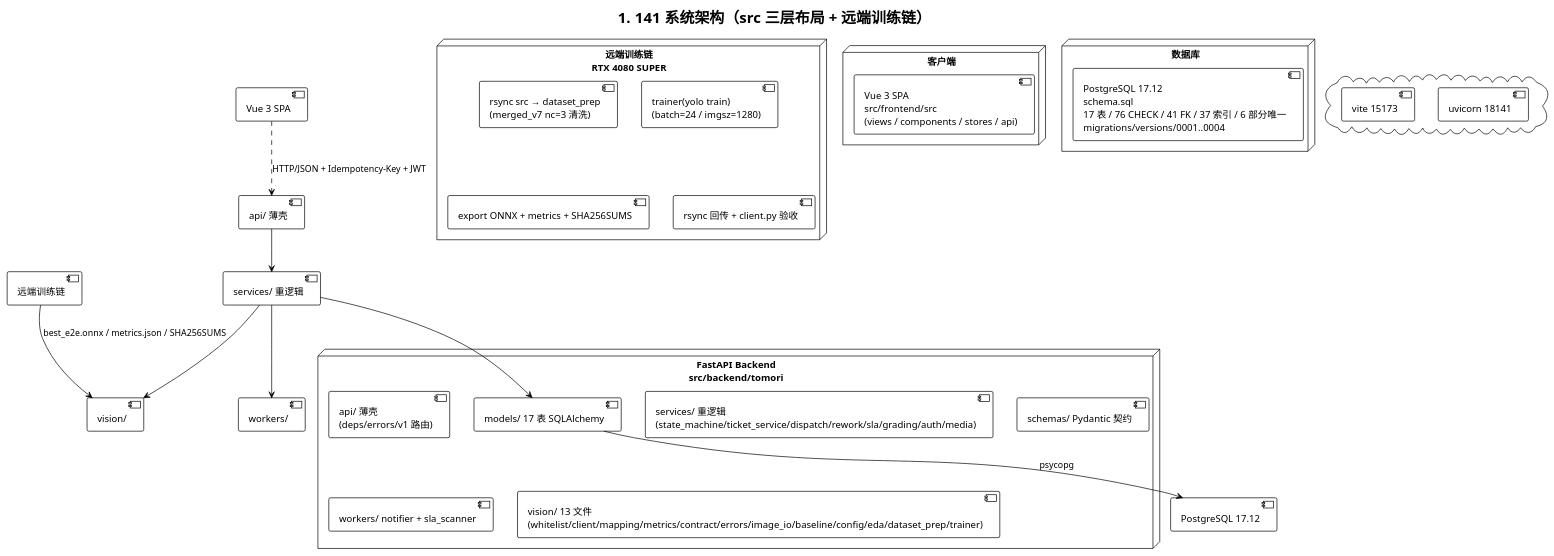
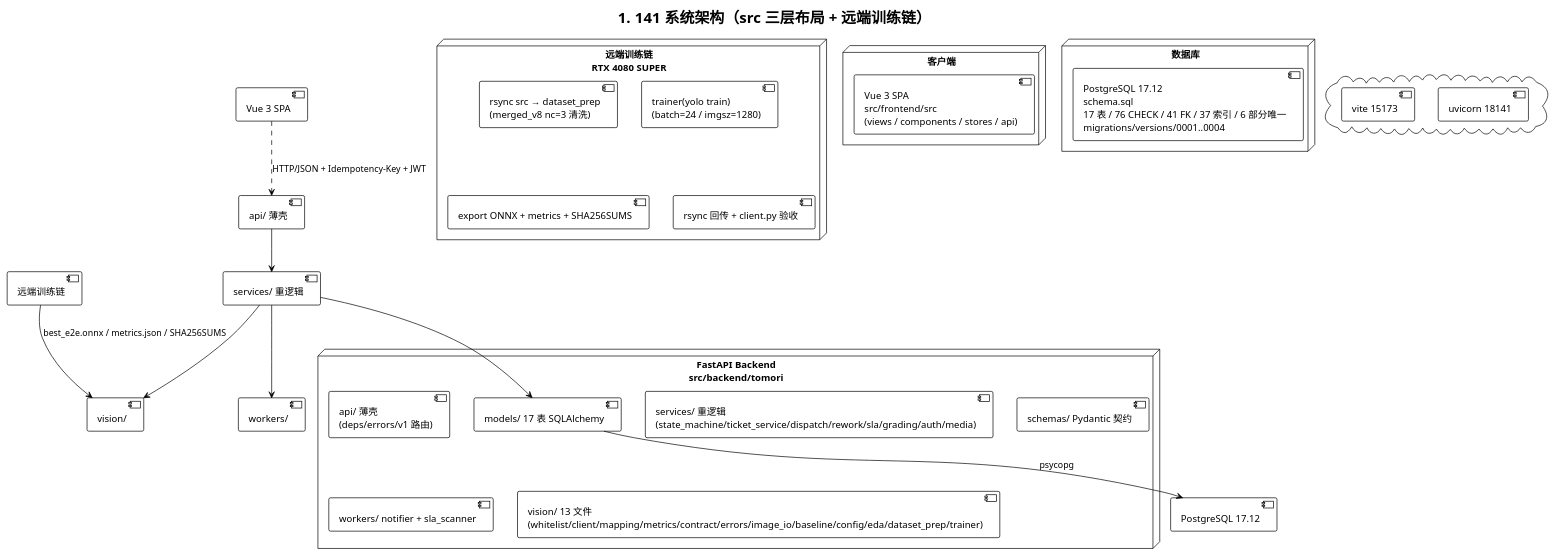
The diagram in docs/diagrams/architecture.puml (Kasugan0/tomori), drawn with PlantUML before and after one commit. The commit also changed 9 other files, not shown here.

```diff
--- a/docs/diagrams/architecture.puml
+++ b/docs/diagrams/architecture.puml
@@ -1,36 +1,36 @@
 @startuml architecture
 !theme plain
 title #141 系统架构（src 三层布局 + 远端训练链）
 
 node "客户端" {
   [Vue 3 SPA\nsrc/frontend/src\n(views / components / stores / api)]
 }
 node "FastAPI Backend\nsrc/backend/tomori" {
   [api/ 薄壳\n(deps/errors/v1 路由)]
   [services/ 重逻辑\n(state_machine/ticket_service/dispatch/rework/sla/grading/auth/media)]
   [models/ 17 表 SQLAlchemy]
   [schemas/ Pydantic 契约]
   [workers/ notifier + sla_scanner]
   [vision/ 13 文件\n(whitelist/client/mapping/metrics/contract/errors/image_io/baseline/config/eda/dataset_prep/trainer)]
 }
 node "数据库" {
   [PostgreSQL 17.12\nschema.sql\n17 表 / 76 CHECK / 41 FK / 37 索引 / 6 部分唯一\nmigrations/versions/0001..0004]
 }
 node "远端训练链\nRTX 4080 SUPER" {
-  [rsync src → dataset_prep\n(merged_v7 nc=3 清洗)]
+  [rsync src → dataset_prep\n(merged_v8 nc=3 清洗)]
   [trainer(yolo train)\n(batch=24 / imgsz=1280)]
   [export ONNX + metrics + SHA256SUMS]
   [rsync 回传 + client.py 验收]
 }
 cloud {
   [uvicorn 18141]
   [vite 15173]
 }
 [Vue 3 SPA] ..> [api/ 薄壳] : HTTP/JSON + Idempotency-Key + JWT
 [api/ 薄壳] --> [services/ 重逻辑]
 [services/ 重逻辑] --> [models/ 17 表 SQLAlchemy]
 [services/ 重逻辑] --> [workers/]
 [services/ 重逻辑] --> [vision/]
 [models/ 17 表 SQLAlchemy] --> [PostgreSQL 17.12] : psycopg
 [远端训练链] --> [vision/] : best_e2e.onnx / metrics.json / SHA256SUMS
 @enduml
```
